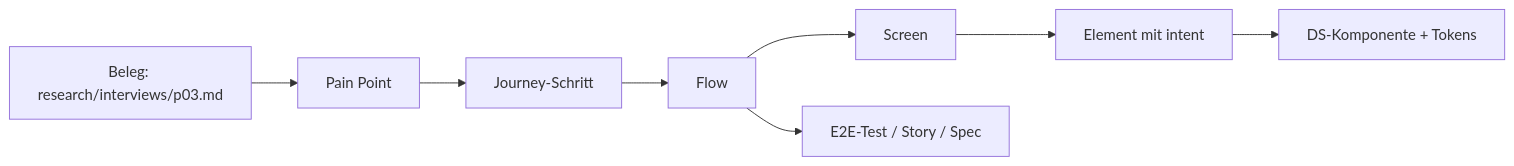
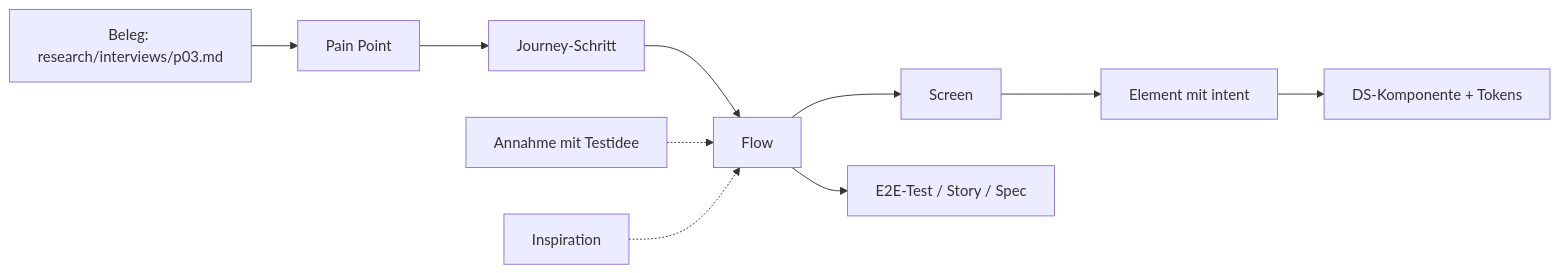
The fourth of 5 diagrams in concepts/wireflow-studio/README.md (Arcade1080/awesome-uxe), drawn with Mermaid before and after one commit. The commit also changed other lines of this file and 2 other files, not shown here.

````diff
--- a/concepts/wireflow-studio/README.md
+++ b/concepts/wireflow-studio/README.md
@@ -561,10 +589,12 @@
 ```mermaid
 flowchart LR
   E["Beleg: research/interviews/p03.md"] --> PP["Pain Point"]
   PP --> ST["Journey-Schritt"]
   ST --> FL["Flow"]
   FL --> SC["Screen"]
   SC --> EL["Element mit intent"]
   EL --> CO["DS-Komponente + Tokens"]
   FL --> TS["E2E-Test / Story / Spec"]
+  AN["Annahme mit Testidee"] -.-> FL
+  IS["Inspiration"] -.-> FL
 ```
````
